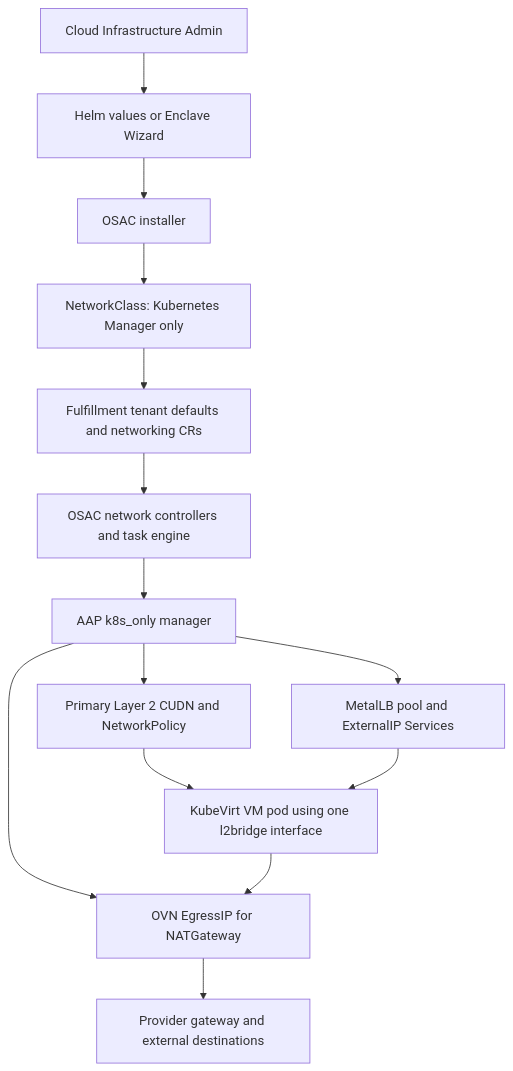
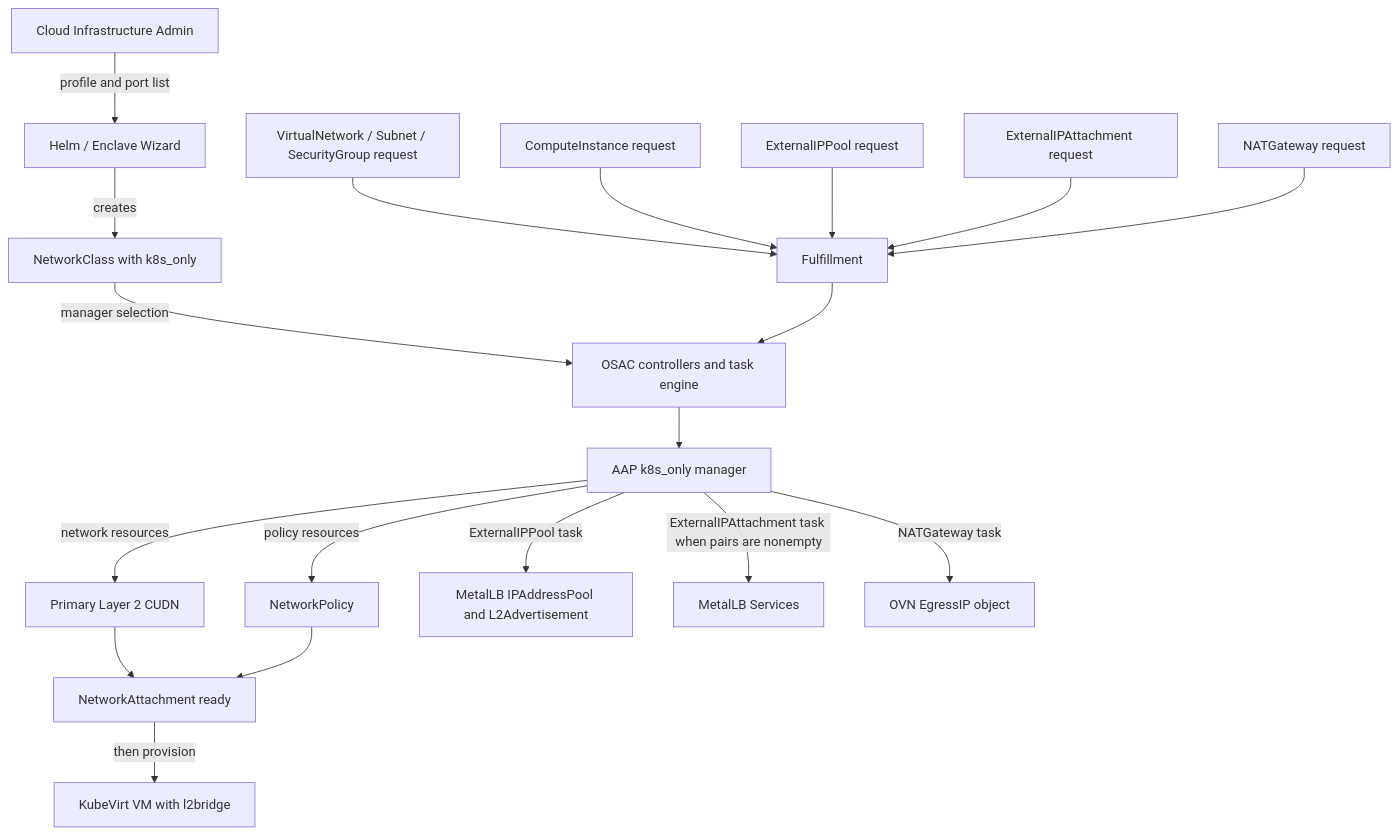
Before and after one commit to osac-project/enhancement-proposals: the first of 2 diagrams in enhancements/OSAC-7436-kubernetes-only-k8s-manager-networking/design.md, drawn with Mermaid. The commit also changed other lines of this file, not shown here.

Commit message:
Design OSAC-7436: revise — separate provisioning and packet flows

````diff
--- a/enhancements/OSAC-7436-kubernetes-only-k8s-manager-networking/design.md
+++ b/enhancements/OSAC-7436-kubernetes-only-k8s-manager-networking/design.md
@@ -45,16 +47,21 @@
 ```mermaid
 flowchart TD
-  Admin[Cloud Infrastructure Admin] --> Config[Helm values or Enclave Wizard]
-  Config --> Installer[OSAC installer]
-  Installer --> NC[NetworkClass: Kubernetes Manager only]
-  NC --> Fulfillment[Fulfillment tenant defaults and networking CRs]
-  Fulfillment --> Operator[OSAC network controllers and task engine]
+  Admin[Cloud Infrastructure Admin] -->|profile and port list| Installer[Helm / Enclave Wizard]
+  Installer -->|creates| NC[NetworkClass with k8s_only]
+  NC -->|manager selection| Operator
+  VNetRequest[VirtualNetwork / Subnet / SecurityGroup request] --> Fulfillment
+  VMRequest[ComputeInstance request] --> Fulfillment
+  PoolRequest[ExternalIPPool request] --> Fulfillment
+  AttachRequest[ExternalIPAttachment request] --> Fulfillment
+  NATRequest[NATGateway request] --> Fulfillment
+  Fulfillment --> Operator[OSAC controllers and task engine]
   Operator --> Manager[AAP k8s_only manager]
-  Manager --> CUDN[Primary Layer 2 CUDN and NetworkPolicy]
-  Manager --> MetalLB[MetalLB pool and ExternalIP Services]
-  Manager --> EIP[OVN EgressIP for NATGateway]
-  CUDN --> VM[KubeVirt VM pod using one l2bridge interface]
-  MetalLB --> VM
-  VM --> EIP
-  EIP --> Provider[Provider gateway and external destinations]
+  Manager -->|network resources| CUDN[Primary Layer 2 CUDN]
+  Manager -->|policy resources| Policy[NetworkPolicy]
+  CUDN --> NetworkAttachment[NetworkAttachment ready]
+  Policy --> NetworkAttachment
+  NetworkAttachment -->|then provision| VM[KubeVirt VM with l2bridge]
+  Manager -->|ExternalIPPool task| Pool[MetalLB IPAddressPool and L2Advertisement]
+  Manager -->|ExternalIPAttachment task when pairs are nonempty| Services[MetalLB Services]
+  Manager -->|NATGateway task| EIP[OVN EgressIP object]
 ```
````
